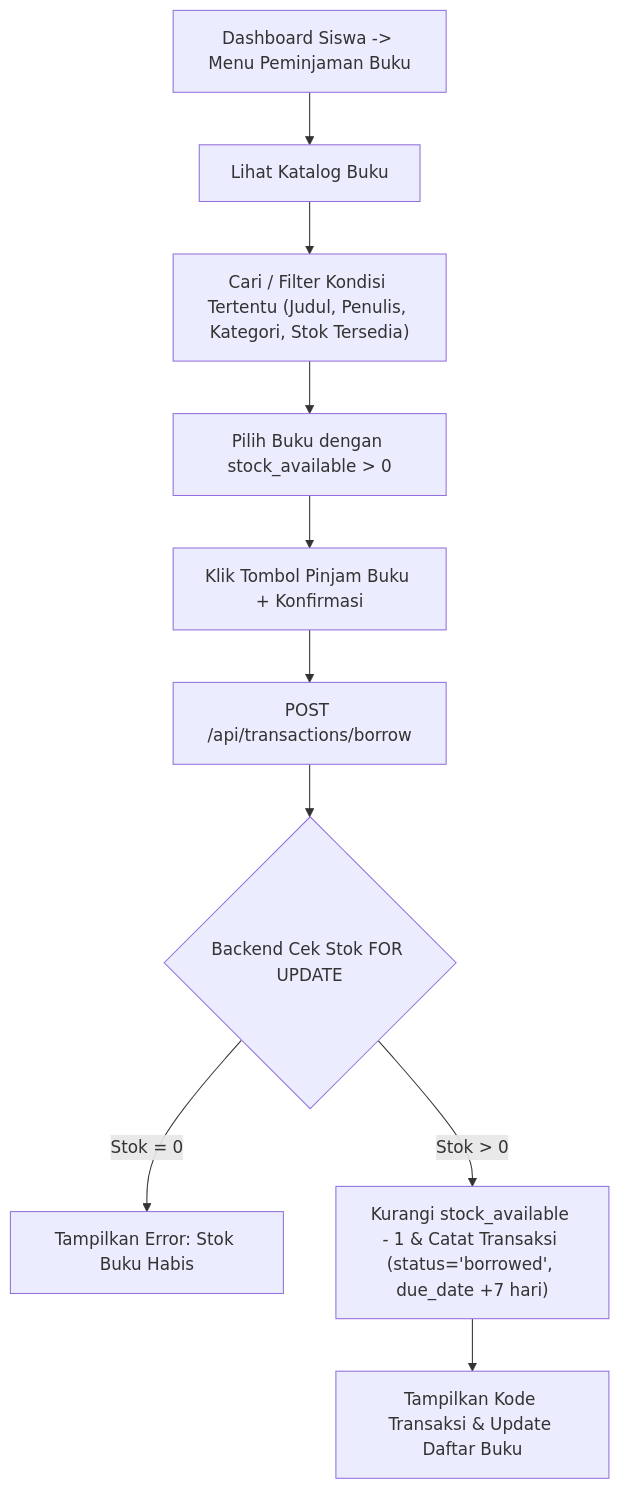
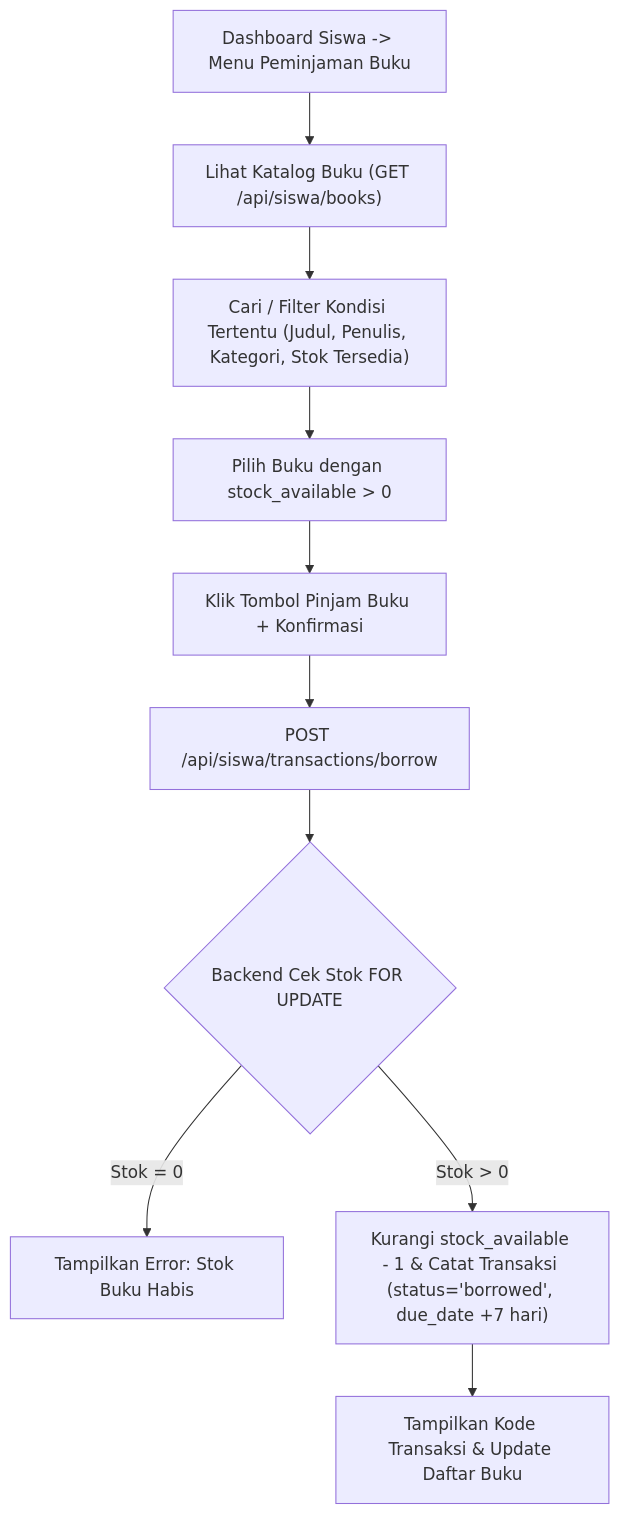
Before and after one commit to ardenpratamamaskuri404/Denvora-Lexora-App: the third of 7 diagrams in docs/planning/USER-FLOW.md, drawn with Mermaid. The commit also changed other lines of this file and 5 other files, not shown here.

````diff
--- a/docs/planning/USER-FLOW.md
+++ b/docs/planning/USER-FLOW.md
@@ -90,12 +90,12 @@
 ```mermaid
 flowchart TD
-    A["Dashboard Siswa -> Menu Peminjaman Buku"] --> B["Lihat Katalog Buku"]
+    A["Dashboard Siswa -> Menu Peminjaman Buku"] --> B["Lihat Katalog Buku (GET /api/siswa/books)"]
     B --> C["Cari / Filter Kondisi Tertentu (Judul, Penulis, Kategori, Stok Tersedia)"]
     C --> D["Pilih Buku dengan stock_available > 0"]
     D --> E["Klik Tombol Pinjam Buku + Konfirmasi"]
-    E --> F["POST /api/transactions/borrow"]
+    E --> F["POST /api/siswa/transactions/borrow"]
     F --> G{"Backend Cek Stok FOR UPDATE"}
     G -->|"Stok = 0"| H["Tampilkan Error: Stok Buku Habis"]
     G -->|"Stok > 0"| I["Kurangi stock_available - 1 & Catat Transaksi (status='borrowed', due_date +7 hari)"]
     I --> J["Tampilkan Kode Transaksi & Update Daftar Buku"]
 ```
````
